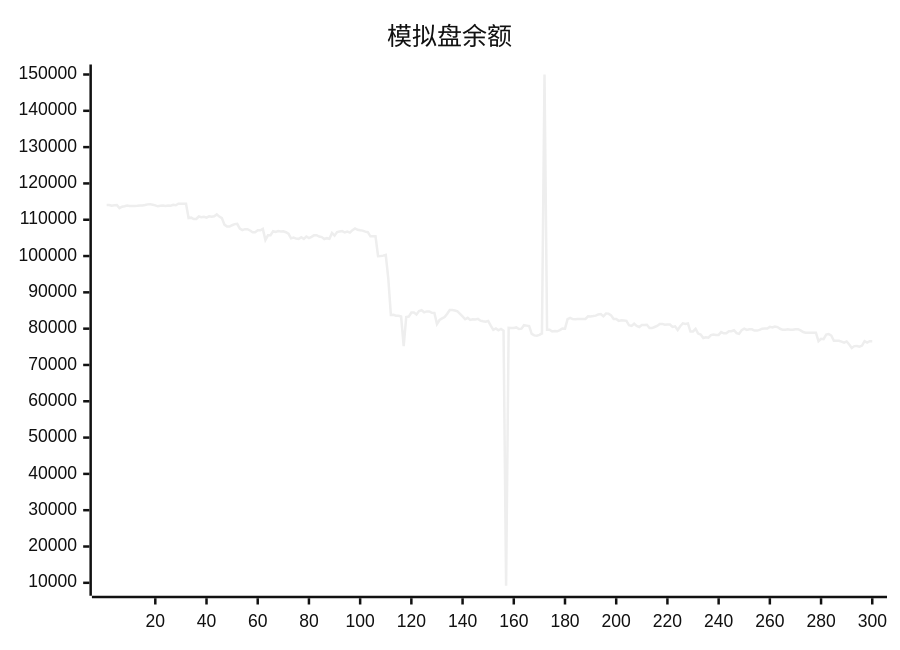
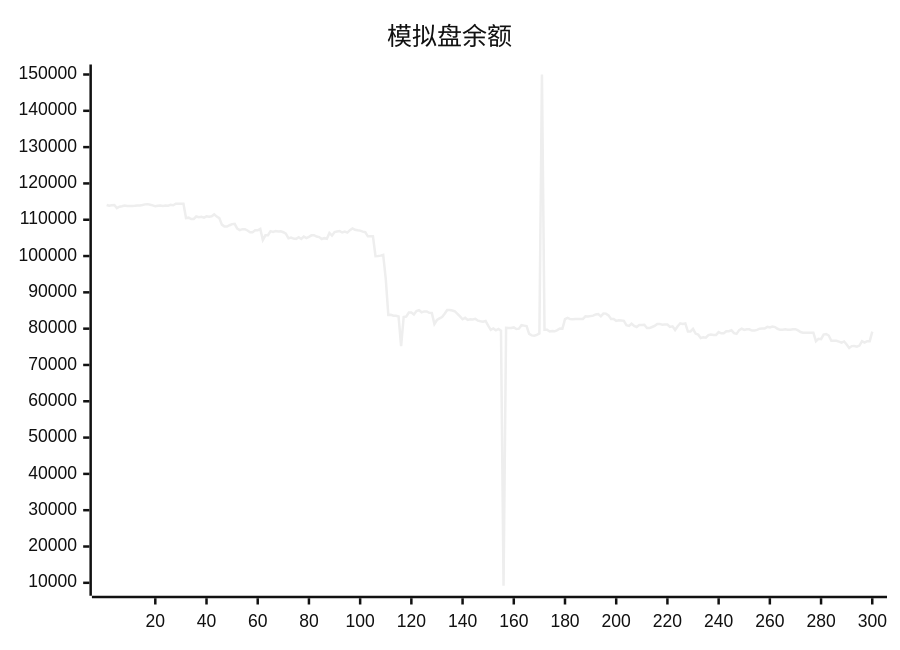
Before and after one commit to aahl/ai-trading: the diagram in README.md, drawn with Mermaid (neutral theme). The commit also changed other lines of this file and 1 other file, not shown here.

````diff
--- a/README.md
+++ b/README.md
@@ -5,5 +5,5 @@
 ```mermaid
 xychart
     title "模拟盘余额"
-    line [114083,114074,113840,113996,114051,113208,113593,113701,113901,113794,113784,113810,113848,113927,113929,114064,114232,114293,114144,113960,113698,113853,113942,113812,113908,113877,114091,113998,114427,114422,114384,114384,110477,110576,110198,110198,110890,110712,110812,110569,110929,110847,110968,111478,110870,110433,108661,108116,108115,108485,108797,108877,107536,107134,107393,107393,107046,106565,106565,107081,107081,107478,104404,105715,105749,106866,106651,106889,106771,106816,106565,106141,104876,105103,104796,104734,105169,104690,105380,104941,105272,105709,105739,105374,105227,104691,104924,104762,106364,105628,106608,106748,106872,106485,106721,106468,107132,107620,107224,107080,107001,106717,106567,105431,105431,105440,99950,100017,100113,100337,93749,83795,83807,83567,83567,83342,75168,83222,83336,84448,84449,83896,84839,85065,84499,84757,84757,84364,84347,81254,82385,82835,83184,84099,85150,85150,85002,84751,84096,83356,82582,82983,82404,82572,82512,82688,82200,82047,81920,82125,80840,79688,80060,79552,79920,79470,9193,80236,80208,80170,80336,79894,80006,80954,80837,80712,78561,78139,78037,78293,78682,150000,79720,79720,79214,79372,79279,79591,80046,79993,82625,82950,82626,82571,82633,82670,82670,82681,83386,83378,83464,83579,83920,84037,83402,84160,84142,83652,82655,82655,82145,82315,82243,82163,80934,80770,81371,80742,80468,80989,80989,81067,80191,80155,80450,80737,81309,81309,81106,81119,81119,80471,80631,79624,80670,81448,81290,81429,79212,79222,79940,78643,78380,77432,77623,77504,78235,78358,78284,78277,79048,78714,78714,79290,79308,79567,78763,78563,79603,79988,79652,79813,79813,79476,79469,79673,79995,80015,80015,80486,80314,80600,80436,79966,79689,79689,79819,79692,79692,79850,79850,79518,79071,78889,78850,78850,78878,78878,76554,77202,77103,78357,78510,78106,76678,76677,76672,76411,76159,76485,75656,74695,75197,75246,75052,75334,76564,76179,76553,76551]
+    line [114074,113840,113996,114051,113208,113593,113701,113901,113794,113784,113810,113848,113927,113929,114064,114232,114293,114144,113960,113698,113853,113942,113812,113908,113877,114091,113998,114427,114422,114384,114384,110477,110576,110198,110198,110890,110712,110812,110569,110929,110847,110968,111478,110870,110433,108661,108116,108115,108485,108797,108877,107536,107134,107393,107393,107046,106565,106565,107081,107081,107478,104404,105715,105749,106866,106651,106889,106771,106816,106565,106141,104876,105103,104796,104734,105169,104690,105380,104941,105272,105709,105739,105374,105227,104691,104924,104762,106364,105628,106608,106748,106872,106485,106721,106468,107132,107620,107224,107080,107001,106717,106567,105431,105431,105440,99950,100017,100113,100337,93749,83795,83807,83567,83567,83342,75168,83222,83336,84448,84449,83896,84839,85065,84499,84757,84757,84364,84347,81254,82385,82835,83184,84099,85150,85150,85002,84751,84096,83356,82582,82983,82404,82572,82512,82688,82200,82047,81920,82125,80840,79688,80060,79552,79920,79470,9193,80236,80208,80170,80336,79894,80006,80954,80837,80712,78561,78139,78037,78293,78682,150000,79720,79720,79214,79372,79279,79591,80046,79993,82625,82950,82626,82571,82633,82670,82670,82681,83386,83378,83464,83579,83920,84037,83402,84160,84142,83652,82655,82655,82145,82315,82243,82163,80934,80770,81371,80742,80468,80989,80989,81067,80191,80155,80450,80737,81309,81309,81106,81119,81119,80471,80631,79624,80670,81448,81290,81429,79212,79222,79940,78643,78380,77432,77623,77504,78235,78358,78284,78277,79048,78714,78714,79290,79308,79567,78763,78563,79603,79988,79652,79813,79813,79476,79469,79673,79995,80015,80015,80486,80314,80600,80436,79966,79689,79689,79819,79692,79692,79850,79850,79518,79071,78889,78850,78850,78878,78878,76554,77202,77103,78357,78510,78106,76678,76677,76672,76411,76159,76485,75656,74695,75197,75246,75052,75334,76564,76179,76553,76551,79196]
 ```
````
